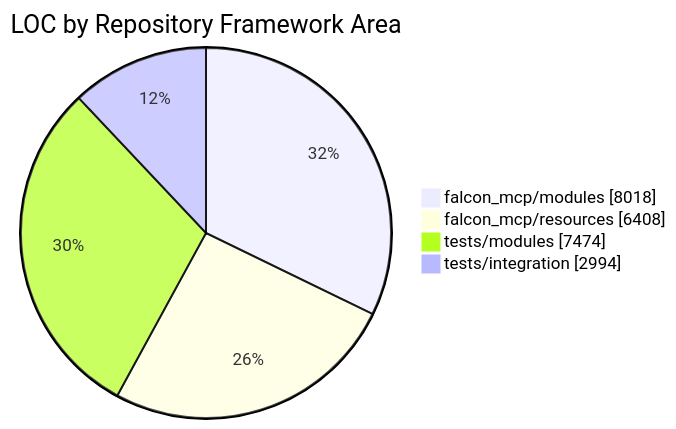
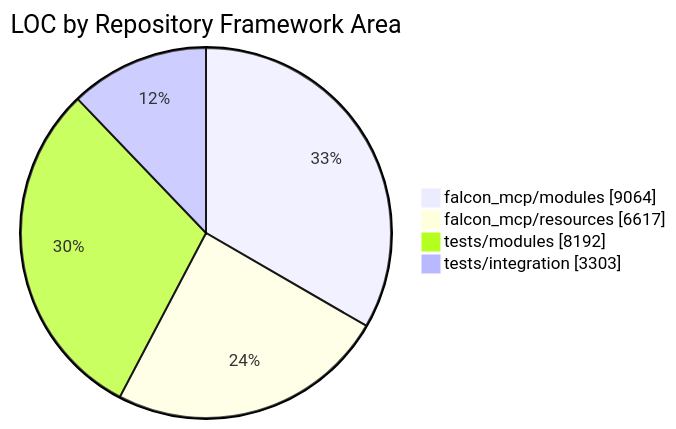
One commit to OIFhax/falcon-mcp changed the third of 3 diagrams in docs/development/module_loc_summary.md. Above: the diagram before and after it, drawn with Mermaid. The commit also changed other lines of this file, not shown here.

Commit message:
Update LOC presentation for new modules

````diff
--- a/docs/development/module_loc_summary.md
+++ b/docs/development/module_loc_summary.md
@@ -66,8 +70,8 @@
 ```mermaid
 pie showData
     title LOC by Repository Framework Area
-    "falcon_mcp/modules" : 8018
-    "falcon_mcp/resources" : 6408
-    "tests/modules" : 7474
-    "tests/integration" : 2994
+    "falcon_mcp/modules" : 9064
+    "falcon_mcp/resources" : 6617
+    "tests/modules" : 8192
+    "tests/integration" : 3303
 ```
````
